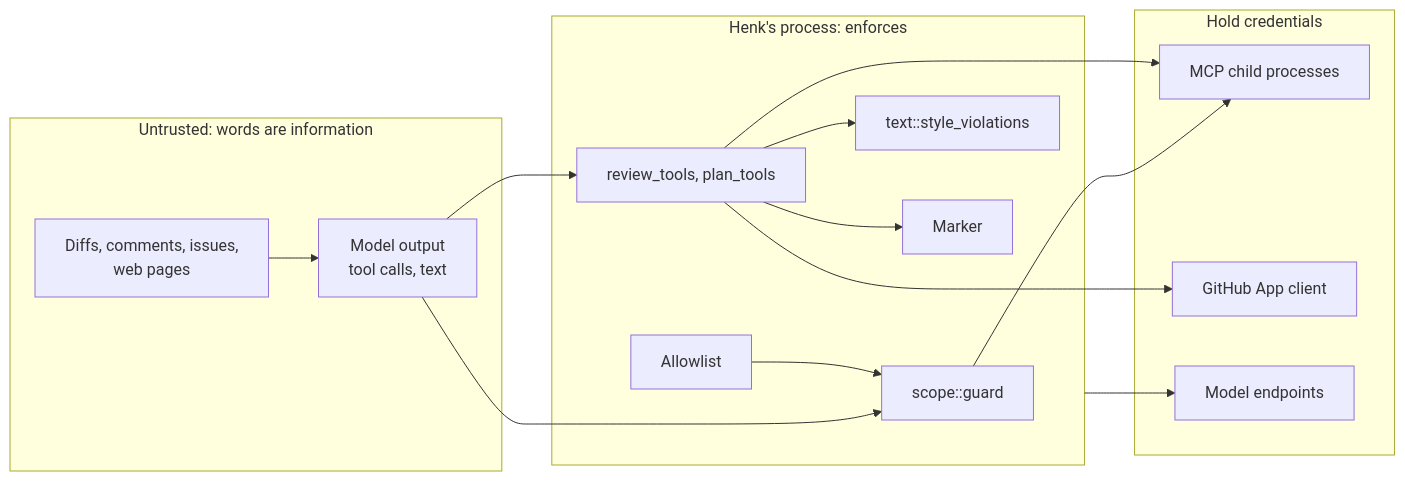
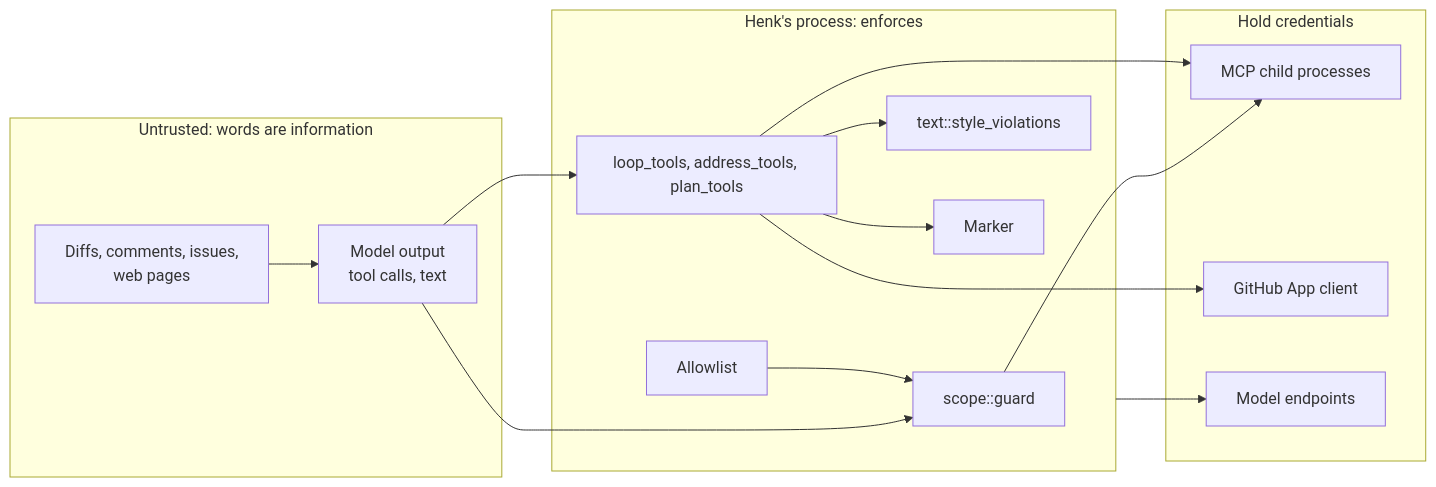
The tenth of 11 diagrams in ARCHITECTURE.md (StephanMeijer/meneerhenk), drawn with Mermaid before and after one commit. The commit also changed other lines of this file and 4 other files, not shown here.

````diff
--- a/ARCHITECTURE.md
+++ b/ARCHITECTURE.md
@@ -596,29 +695,29 @@
 ```mermaid
 flowchart LR
     subgraph untrusted["Untrusted: words are information"]
         MODEL["Model output<br/>tool calls, text"]
         INPUT["Diffs, comments, issues,<br/>web pages"]
     end
     subgraph henk["Henk's process: enforces"]
         GUARD["scope::guard"]
-        TOOLS["review_tools, plan_tools"]
+        TOOLS["loop_tools, address_tools, plan_tools"]
         STYLE["text::style_violations"]
         ALLOW["Allowlist"]
         MARK["Marker"]
     end
     subgraph holders["Hold credentials"]
         MCPS["MCP child processes"]
         APP["GitHub App client"]
         ENDPOINTS["Model endpoints"]
     end
     INPUT --> MODEL
     MODEL --> GUARD
     MODEL --> TOOLS
     GUARD --> MCPS
     TOOLS --> STYLE
     TOOLS --> MARK
     TOOLS --> APP
     TOOLS --> MCPS
     ALLOW --> GUARD
     henk --> ENDPOINTS
 ```
````
